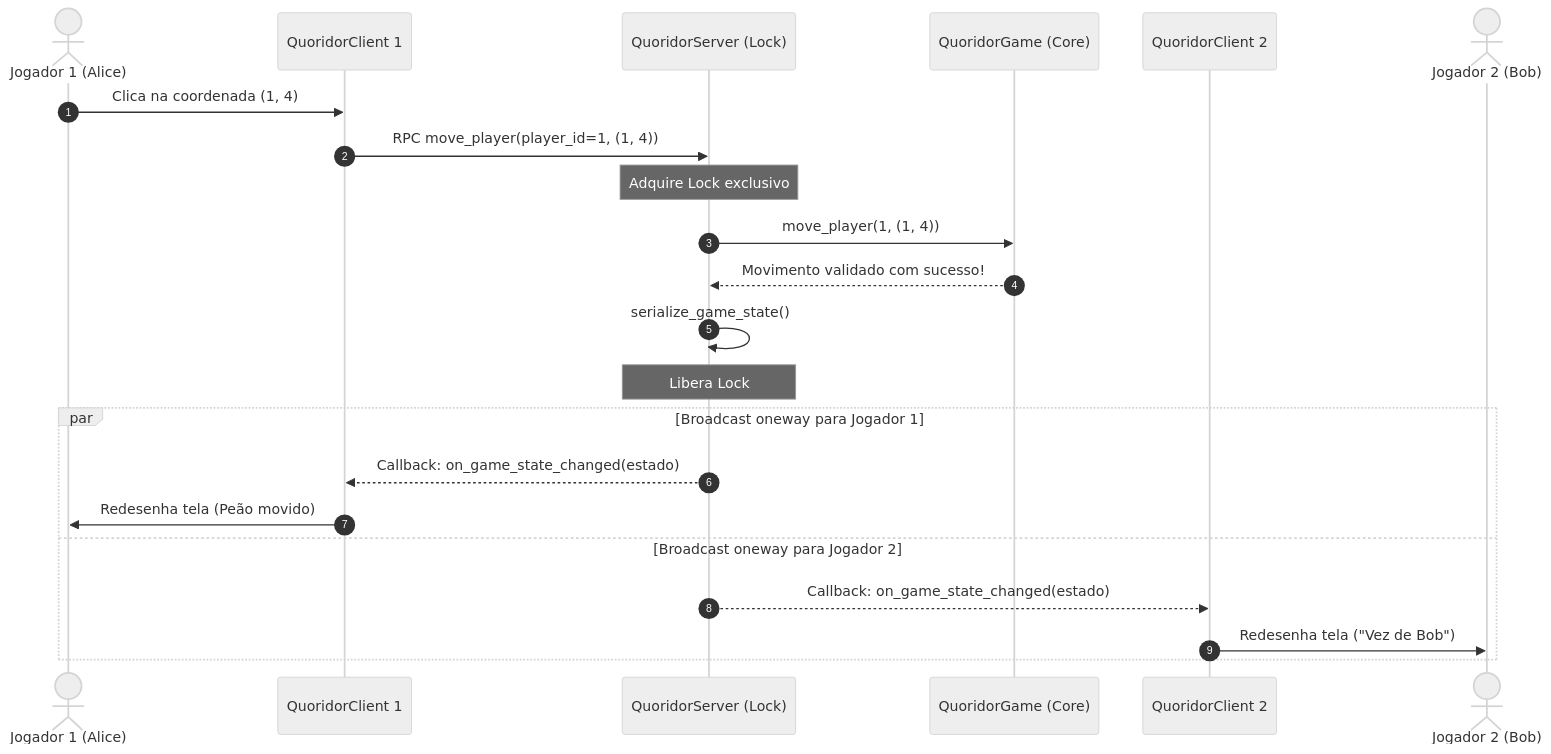
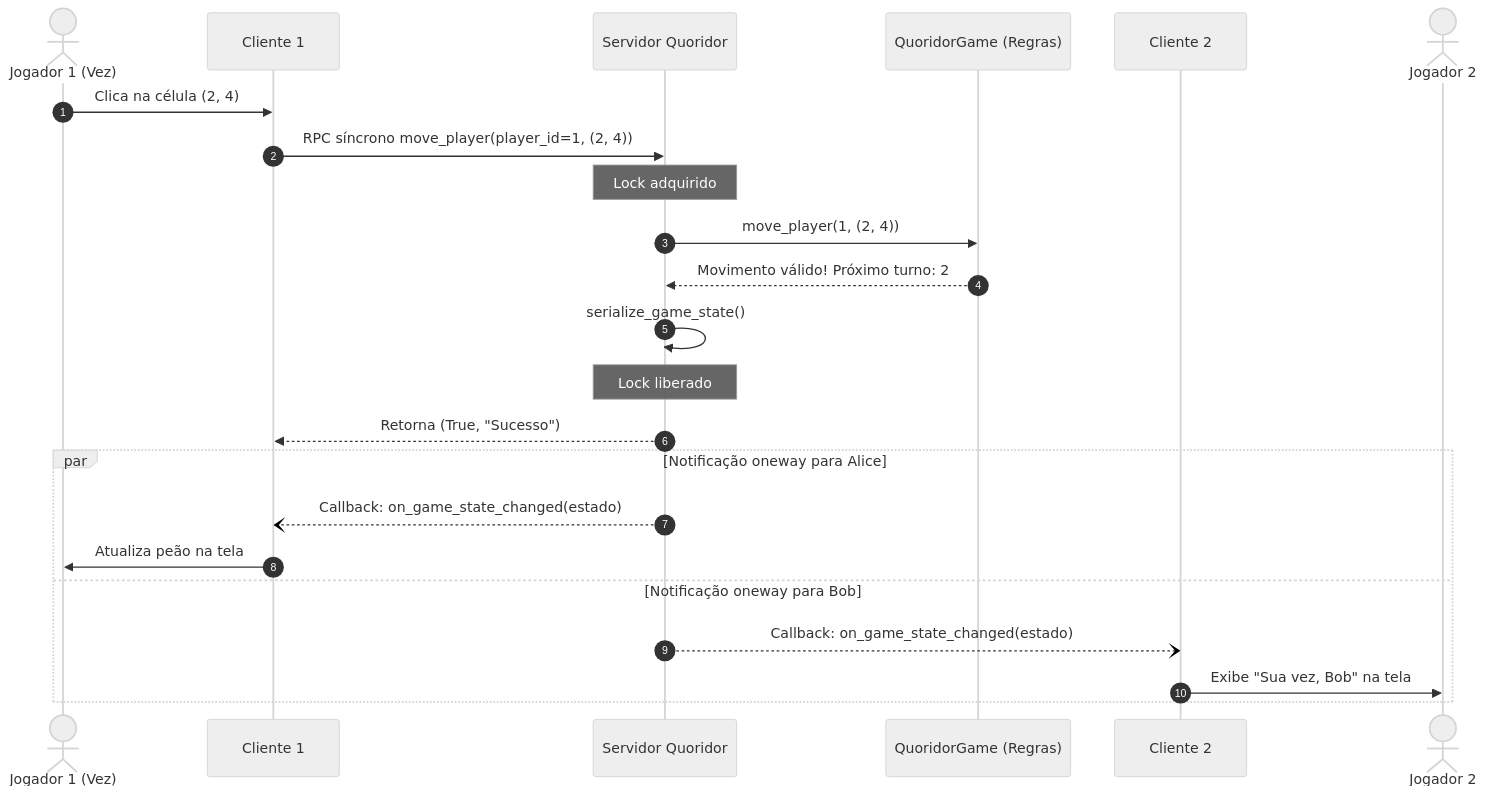
The second of 3 diagrams in docs/network_pyro_guide.md (UESC-Academico/quoridor), drawn with Mermaid (neutral theme) before and after one commit. The commit also changed other lines of this file and 2 other files, not shown here.

Commit message:
docs: documentação do módulo de network e diagrama de classes

````diff
--- a/docs/network_pyro_guide.md
+++ b/docs/network_pyro_guide.md
@@ -226,26 +188,27 @@
 ```mermaid
 sequenceDiagram
     autonumber
-    actor Alice as Jogador 1 (Alice)
-    participant C1 as QuoridorClient 1
-    participant S as QuoridorServer (Lock)
-    participant Game as QuoridorGame (Core)
-    participant C2 as QuoridorClient 2
-    actor Bob as Jogador 2 (Bob)
+    actor Alice as Jogador 1 (Vez)
+    participant C1 as Cliente 1
+    participant S as Servidor Quoridor
+    participant Game as QuoridorGame (Regras)
+    participant C2 as Cliente 2
+    actor Bob as Jogador 2
 
-    Alice->>C1: Clica na coordenada (1, 4)
-    C1->>S: RPC move_player(player_id=1, (1, 4))
-    Note over S: Adquire Lock exclusivo
-    S->>Game: move_player(1, (1, 4))
-    Game-->>S: Movimento validado com sucesso!
+    Alice->>C1: Clica na célula (2, 4)
+    C1->>S: RPC síncrono move_player(player_id=1, (2, 4))
+    Note over S: Lock adquirido
+    S->>Game: move_player(1, (2, 4))
+    Game-->>S: Movimento válido! Próximo turno: 2
     S->>S: serialize_game_state()
-    Note over S: Libera Lock
+    Note over S: Lock liberado
+    S-->>C1: Retorna (True, "Sucesso")
     
-    par Broadcast oneway para Jogador 1
-        S-->>C1: Callback: on_game_state_changed(estado)
-        C1->>Alice: Redesenha tela (Peão movido)
-    and Broadcast oneway para Jogador 2
-        S-->>C2: Callback: on_game_state_changed(estado)
-        C2->>Bob: Redesenha tela ("Vez de Bob")
+    par Notificação oneway para Alice
+        S--)C1: Callback: on_game_state_changed(estado)
+        C1->>Alice: Atualiza peão na tela
+    and Notificação oneway para Bob
+        S--)C2: Callback: on_game_state_changed(estado)
+        C2->>Bob: Exibe "Sua vez, Bob" na tela
     end
 ```
````
